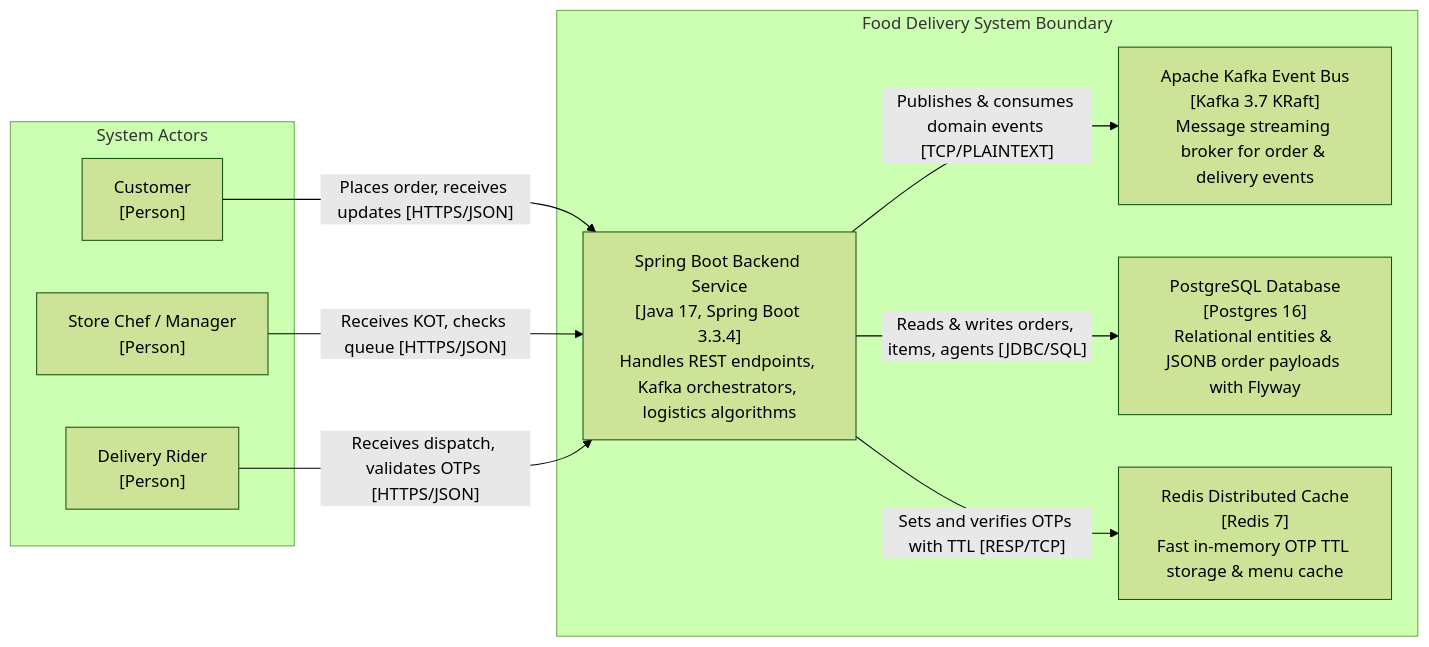
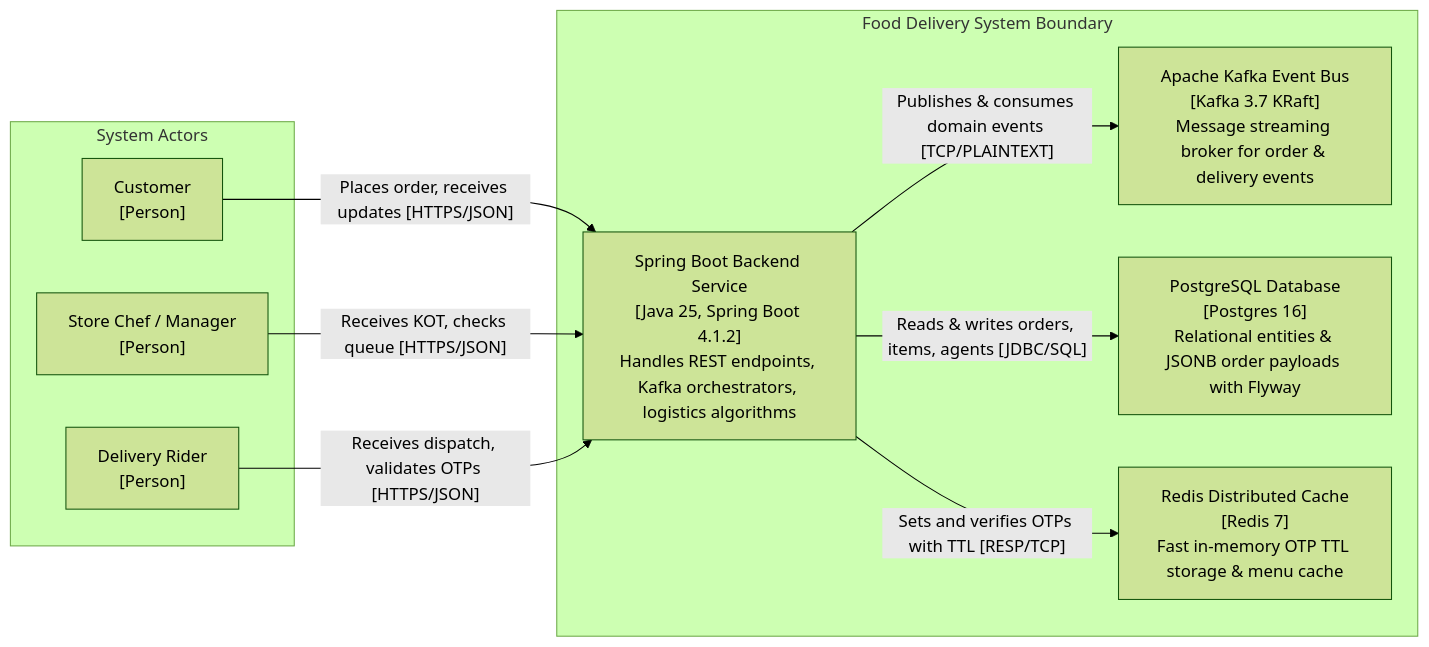
The second of 3 diagrams in AIDLC/01-ARCHITECTURE-DESIGN.md (livejpsingh/BiteStream), drawn with Mermaid (forest theme) before and after one commit. The commit also changed other lines of this file and 6 other files, not shown here.

Commit message:
feat: upgrade to Java 25 LTS, Spring Boot 4.1.2, and Apache Maven 3.10.0 (#3)

````diff
--- a/AIDLC/01-ARCHITECTURE-DESIGN.md
+++ b/AIDLC/01-ARCHITECTURE-DESIGN.md
@@ -74,23 +74,23 @@
 ```mermaid
 flowchart LR
     subgraph Users["System Actors"]
         Customer["Customer\n[Person]"]
         StoreOwner["Store Chef / Manager\n[Person]"]
         Rider["Delivery Rider\n[Person]"]
     end
 
     subgraph FoodDeliveryPlatform["Food Delivery System Boundary"]
-        SpringBootApp["Spring Boot Backend Service\n[Java 17, Spring Boot 3.3.4]\nHandles REST endpoints, Kafka orchestrators, logistics algorithms"]
+        SpringBootApp["Spring Boot Backend Service\n[Java 25, Spring Boot 4.1.2]\nHandles REST endpoints, Kafka orchestrators, logistics algorithms"]
         Kafka["Apache Kafka Event Bus\n[Kafka 3.7 KRaft]\nMessage streaming broker for order & delivery events"]
         PostgresDB["PostgreSQL Database\n[Postgres 16]\nRelational entities & JSONB order payloads with Flyway"]
         RedisCache["Redis Distributed Cache\n[Redis 7]\nFast in-memory OTP TTL storage & menu cache"]
     end
 
     Customer -->|"Places order, receives updates [HTTPS/JSON]"| SpringBootApp
     StoreOwner -->|"Receives KOT, checks queue [HTTPS/JSON]"| SpringBootApp
     Rider -->|"Receives dispatch, validates OTPs [HTTPS/JSON]"| SpringBootApp
 
     SpringBootApp -->|"Publishes & consumes domain events [TCP/PLAINTEXT]"| Kafka
     SpringBootApp -->|"Reads & writes orders, items, agents [JDBC/SQL]"| PostgresDB
     SpringBootApp -->|"Sets and verifies OTPs with TTL [RESP/TCP]"| RedisCache
 ```
````
